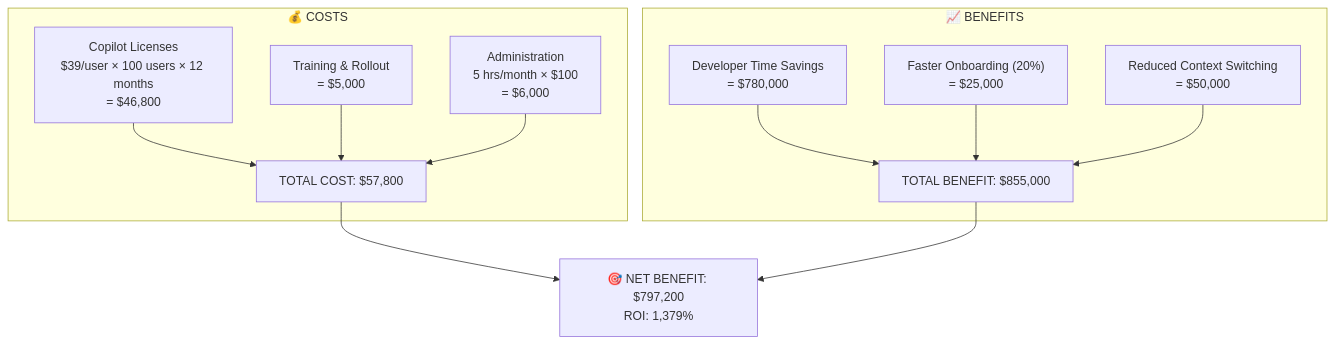
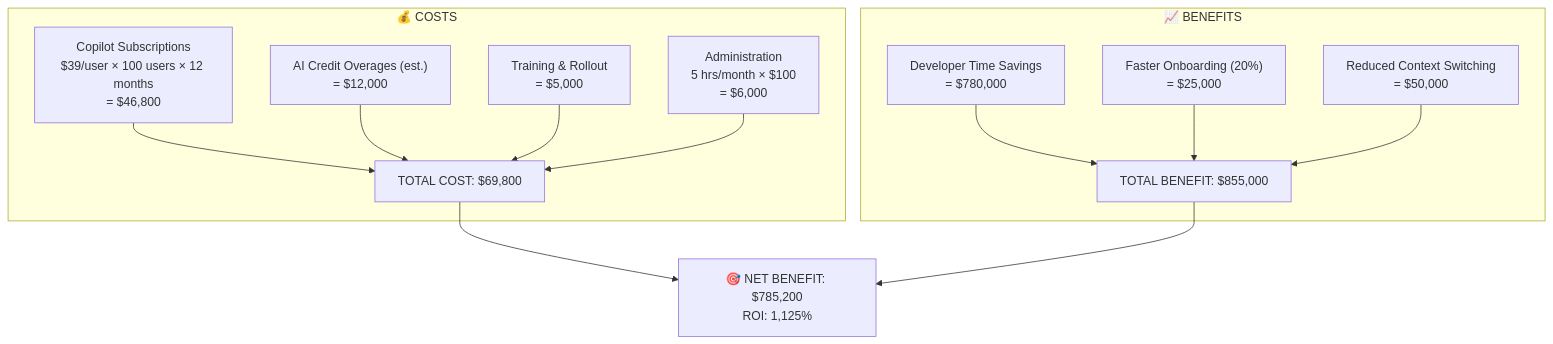
Before and after one commit to jmassardo/github-training: the third of 3 diagrams in advanced/module-14/metrics.md, drawn with Mermaid. The commit also changed other lines of this file and 12 other files, not shown here.

```diff
--- a/advanced/module-14/metrics.md
+++ b/advanced/module-14/metrics.md
@@ -389,25 +395,27 @@
 <div class="mermaid">
 flowchart TD
   subgraph Costs["💰 COSTS"]
-    C1["Copilot Licenses<br/>$39/user × 100 users × 12 months<br/>= $46,800"]
+    C1["Copilot Subscriptions<br/>$39/user × 100 users × 12 months<br/>= $46,800"]
+    C1a["AI Credit Overages (est.)<br/>= $12,000"]
     C2["Training & Rollout<br/>= $5,000"]
     C3["Administration<br/>5 hrs/month × $100<br/>= $6,000"]
-    CT["TOTAL COST: $57,800"]
+    CT["TOTAL COST: $69,800"]
     C1 --> CT
+    C1a --> CT
     C2 --> CT
     C3 --> CT
   end
   
   subgraph Benefits["📈 BENEFITS"]
     B1["Developer Time Savings<br/>= $780,000"]
     B2["Faster Onboarding (20%)<br/>= $25,000"]
     B3["Reduced Context Switching<br/>= $50,000"]
     BT["TOTAL BENEFIT: $855,000"]
     B1 --> BT
     B2 --> BT
     B3 --> BT
   end
   
-  CT --> Result["🎯 NET BENEFIT: $797,200<br/>ROI: 1,379%"]
+  CT --> Result["🎯 NET BENEFIT: $785,200<br/>ROI: 1,125%"]
   BT --> Result
 </div>
```
